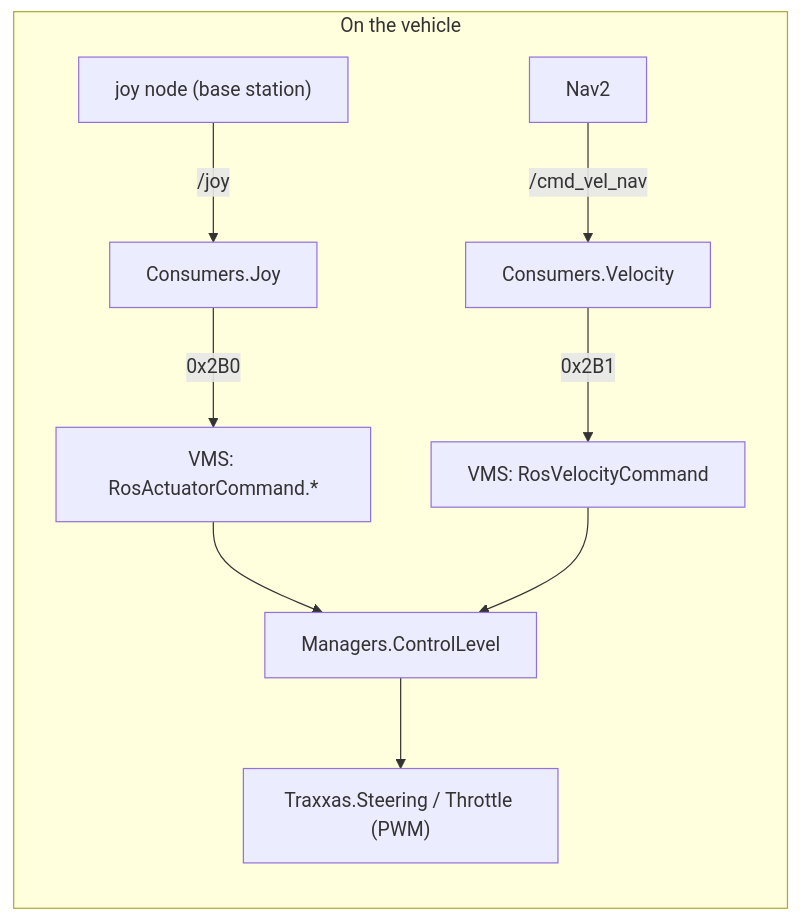
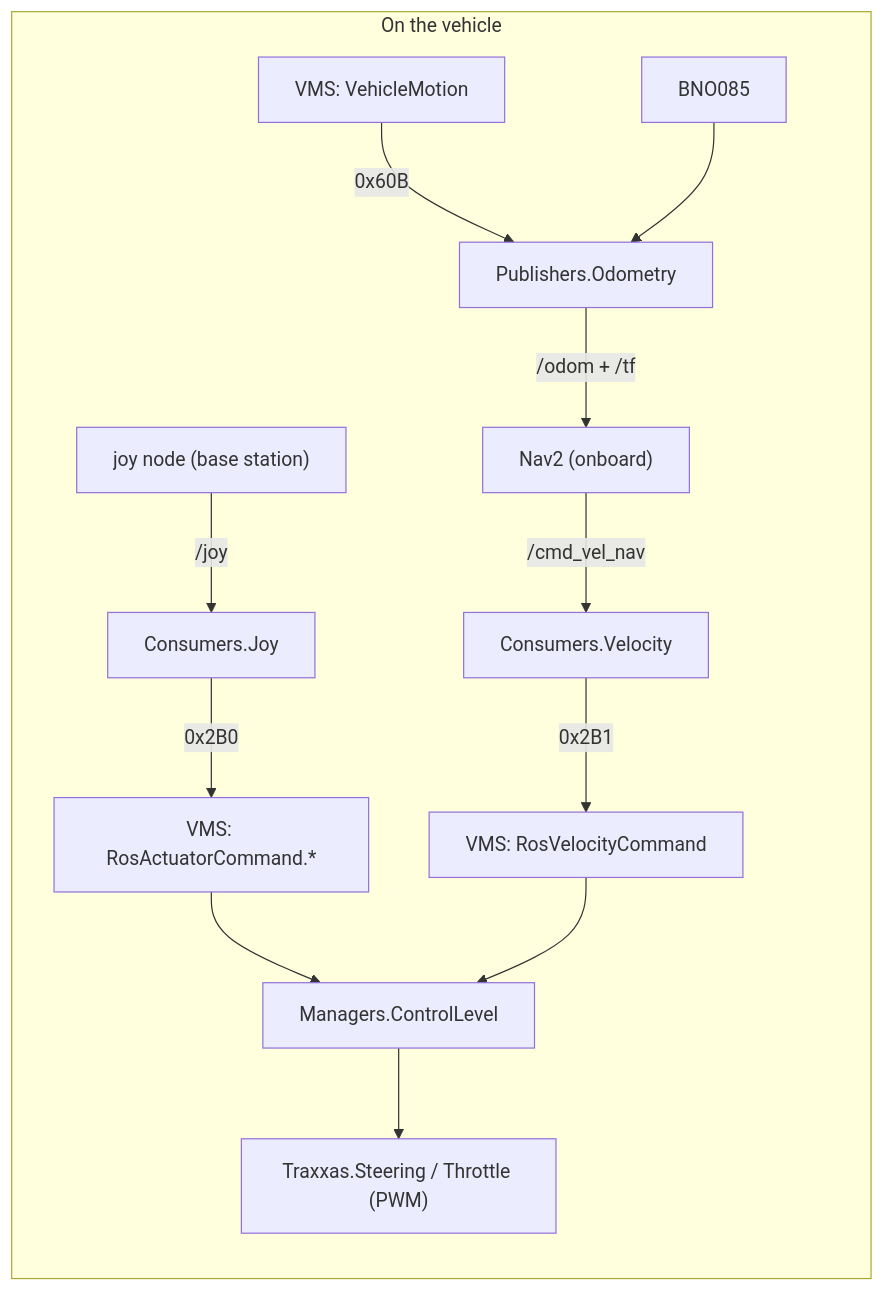
The fifth of 8 diagrams in docs/ros2_integration.md (open-vehicle-control-system/ovcs), drawn with Mermaid before and after one commit. The commit also changed other lines of this file and 2 other files, not shown here.

First line of the commit message:
feat(ros2): verify the planner loop without a simulator or a vehicle

````diff
--- a/docs/ros2_integration.md
+++ b/docs/ros2_integration.md
@@ -293,12 +293,15 @@
 ```mermaid
 flowchart LR
     subgraph vehicle["On the vehicle"]
         joyn["joy node (base station)"] -->|"/joy"| cj["Consumers.Joy"]
         cj -->|"0x2B0"| vms1["VMS: RosActuatorCommand.*"]
-        navv["Nav2"] -->|"/cmd_vel_nav"| cv["Consumers.Velocity"]
+        navv["Nav2 (onboard)"] -->|"/cmd_vel_nav"| cv["Consumers.Velocity"]
         cv -->|"0x2B1"| vms2["VMS: RosVelocityCommand"]
         vms1 --> mgr["Managers.ControlLevel"]
         vms2 --> mgr
         mgr --> trax["Traxxas.Steering / Throttle (PWM)"]
+        vm["VMS: VehicleMotion"] -->|"0x60B"| po["Publishers.Odometry"]
+        imu["BNO085"] --> po
+        po -->|"/odom + /tf"| navv
     end
 ```
````
